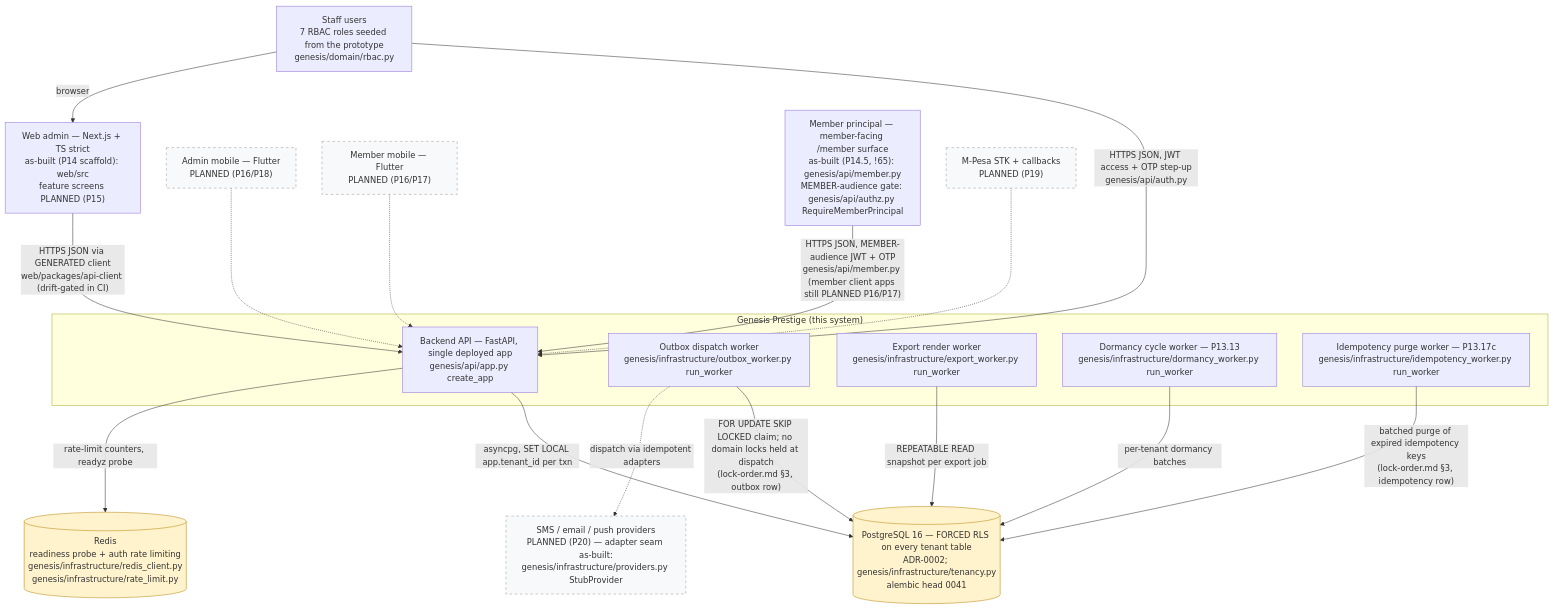
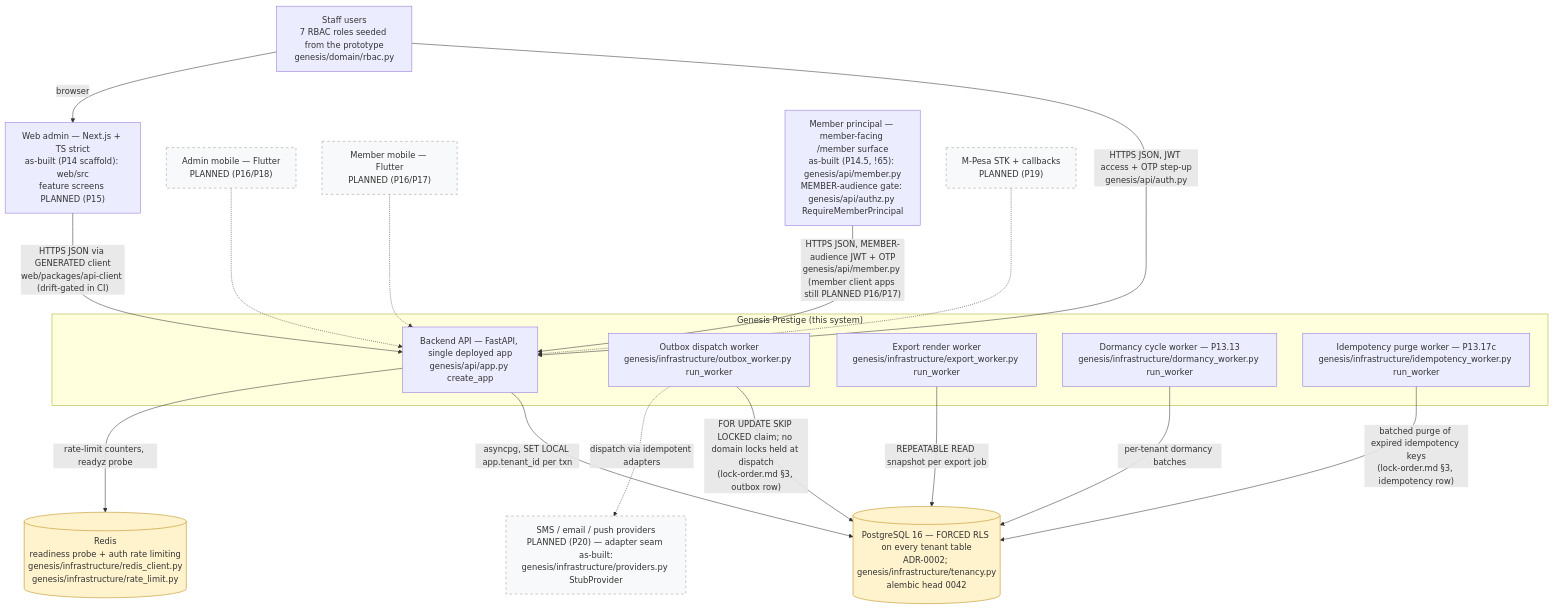
The diagram in docs/diagrams/c4-context.md (Benson-Kim/genesis-sacco), drawn with Mermaid before and after one commit. The commit also changed other lines of this file and 3 other files, not shown here.

````diff
--- a/docs/diagrams/c4-context.md
+++ b/docs/diagrams/c4-context.md
@@ -60,46 +65,46 @@
 ```mermaid
 flowchart TB
     %% Authored against main @ 08541b860f1445b16c342c39b6606d86b9dbeb17
     %% L1 context — as-built boxes cite genesis modules; dashed = PLANNED (Pn).
 
     STAFF["Staff users<br/>7 RBAC roles seeded from the prototype<br/>genesis/domain/rbac.py"]
 
     subgraph SYS["Genesis Prestige (this system)"]
         API["Backend API — FastAPI, single deployed app<br/>genesis/api/app.py create_app"]
         OBW["Outbox dispatch worker<br/>genesis/infrastructure/outbox_worker.py run_worker"]
         EXW["Export render worker<br/>genesis/infrastructure/export_worker.py run_worker"]
         DMW["Dormancy cycle worker — P13.13<br/>genesis/infrastructure/dormancy_worker.py run_worker"]
         IDW["Idempotency purge worker — P13.17c<br/>genesis/infrastructure/idempotency_worker.py run_worker"]
     end
 
-    PG[("PostgreSQL 16 — FORCED RLS on every tenant table<br/>ADR-0002; genesis/infrastructure/tenancy.py<br/>alembic head 0041")]
+    PG[("PostgreSQL 16 — FORCED RLS on every tenant table<br/>ADR-0002; genesis/infrastructure/tenancy.py<br/>alembic head 0042")]
     RD[("Redis<br/>readiness probe + auth rate limiting<br/>genesis/infrastructure/redis_client.py<br/>genesis/infrastructure/rate_limit.py")]
 
     WEB["Web admin — Next.js + TS strict<br/>as-built (P14 scaffold): web/src<br/>feature screens PLANNED (P15)"]
     ADM["Admin mobile — Flutter<br/>PLANNED (P16/P18)"]
     MEM["Member mobile — Flutter<br/>PLANNED (P16/P17)"]
     MPR["Member principal — member-facing /member surface<br/>as-built (P14.5, !65): genesis/api/member.py<br/>MEMBER-audience gate: genesis/api/authz.py RequireMemberPrincipal"]
     MPESA["M-Pesa STK + callbacks<br/>PLANNED (P19)"]
     PROV["SMS / email / push providers<br/>PLANNED (P20) — adapter seam as-built:<br/>genesis/infrastructure/providers.py StubProvider"]
 
     STAFF -->|"HTTPS JSON, JWT access + OTP step-up<br/>genesis/api/auth.py"| API
     API -->|"asyncpg, SET LOCAL app.tenant_id per txn"| PG
     API -->|"rate-limit counters, readyz probe"| RD
     OBW -->|"FOR UPDATE SKIP LOCKED claim; no domain locks held at dispatch<br/>(lock-order.md §3, outbox row)"| PG
     EXW -->|"REPEATABLE READ snapshot per export job"| PG
     DMW -->|"per-tenant dormancy batches"| PG
     IDW -->|"batched purge of expired idempotency keys<br/>(lock-order.md §3, idempotency row)"| PG
     OBW -.->|"dispatch via idempotent adapters"| PROV
 
     STAFF -->|"browser"| WEB
     WEB -->|"HTTPS JSON via GENERATED client<br/>web/packages/api-client (drift-gated in CI)"| API
     ADM -.-> API
     MEM -.-> API
     MPR -->|"HTTPS JSON, MEMBER-audience JWT + OTP<br/>genesis/api/member.py (member client apps still PLANNED P16/P17)"| API
     MPESA -.-> API
 
     classDef planned fill:#f8f9fa,stroke:#999,stroke-dasharray: 5 5;
     class ADM,MEM,MPESA,PROV planned;
     classDef store fill:#fff3cd,stroke:#b8860b;
     class PG,RD store;
 ```
````
